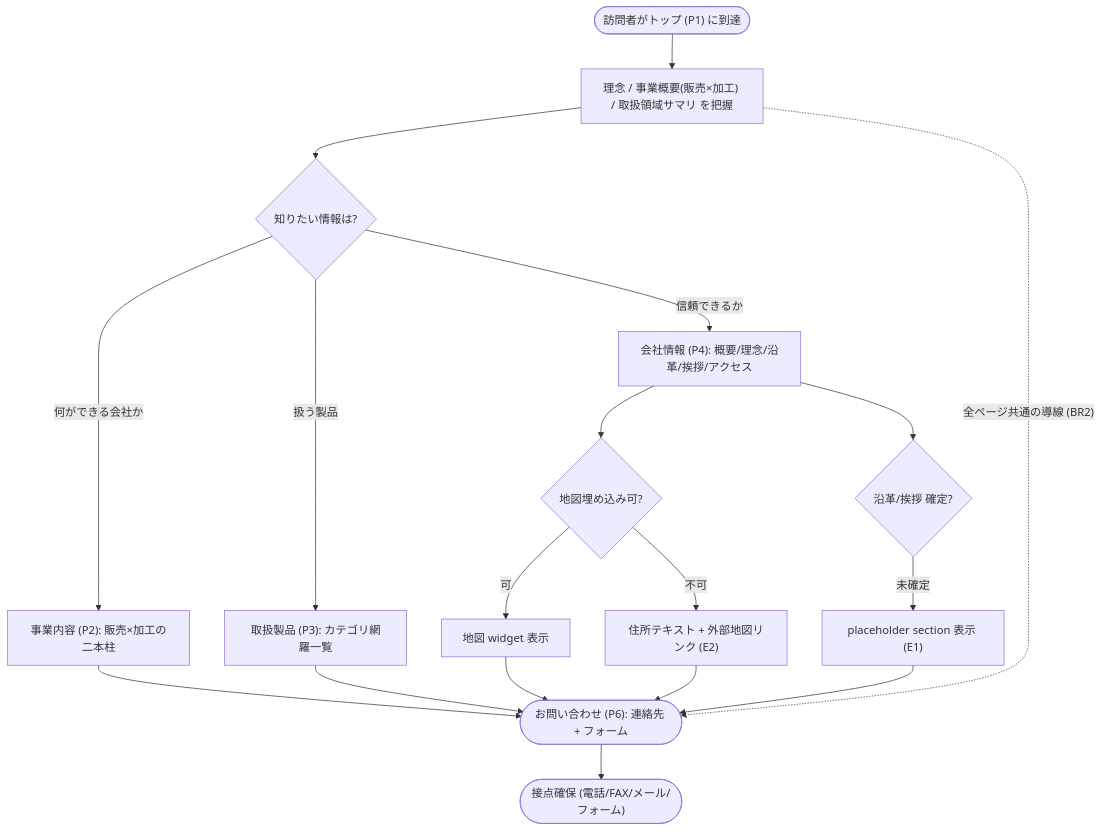
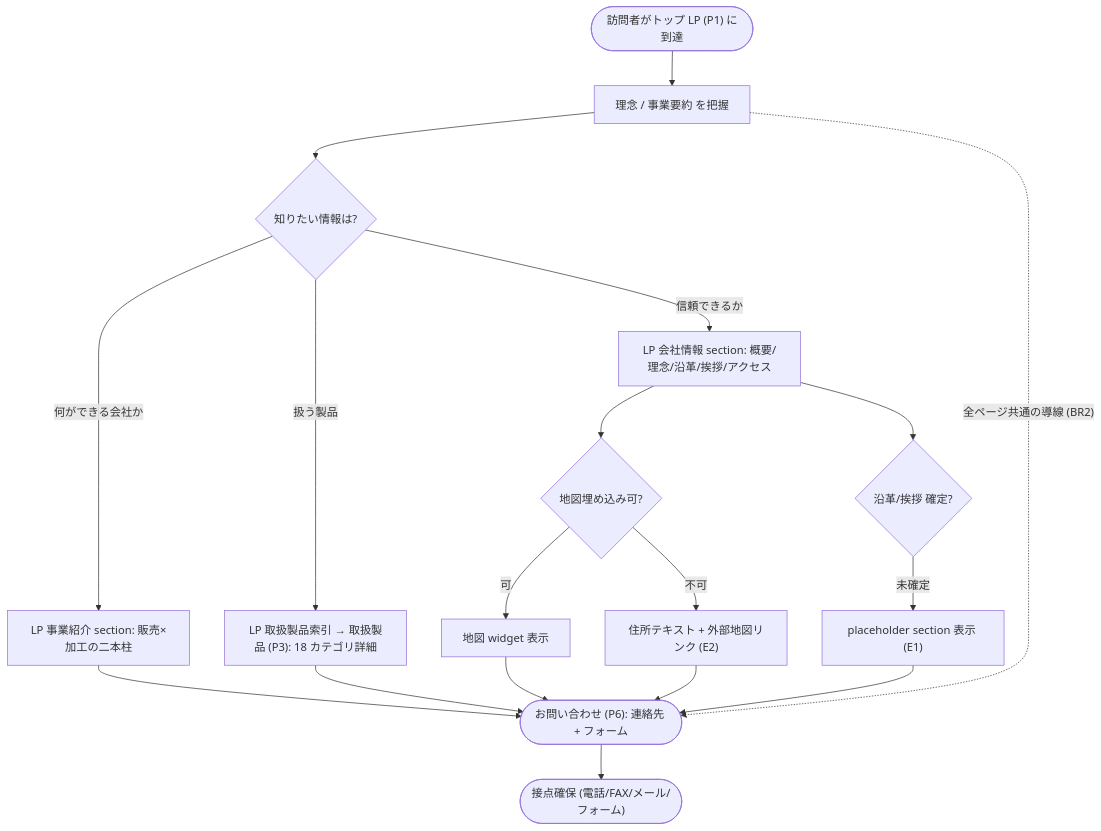
The second of 3 diagrams in design/features/corporate-site/DesignDoc_corporate-site.md (Fukuemon/kufu-apps), drawn with Mermaid before and after one commit. The commit also changed other lines of this file and 2 other files, not shown here.

````diff
--- a/design/features/corporate-site/DesignDoc_corporate-site.md
+++ b/design/features/corporate-site/DesignDoc_corporate-site.md
@@ -127,22 +132,22 @@
 ```mermaid
 flowchart TD
-    Start(["訪問者がトップ (P1) に到達"]) --> Hero["理念 / 事業概要(販売×加工) / 取扱領域サマリ を把握"]
+    Start(["訪問者がトップ LP (P1) に到達"]) --> Hero["理念 / 事業要約 を把握"]
     Hero --> Decide{"知りたい情報は?"}
-    Decide -->|"何ができる会社か"| Services["事業内容 (P2): 販売×加工の二本柱"]
-    Decide -->|"扱う製品"| Products["取扱製品 (P3): カテゴリ網羅一覧"]
-    Decide -->|"信頼できるか"| Company["会社情報 (P4): 概要/理念/沿革/挨拶/アクセス"]
+    Decide -->|"何ができる会社か"| Services["LP 事業紹介 section: 販売×加工の二本柱"]
+    Decide -->|"扱う製品"| Products["LP 取扱製品索引 → 取扱製品 (P3): 18 カテゴリ詳細"]
+    Decide -->|"信頼できるか"| Company["LP 会社情報 section: 概要/理念/沿革/挨拶/アクセス"]
 
     Company --> MapCheck{"地図埋め込み可?"}
     MapCheck -->|"可"| MapEmbed["地図 widget 表示"]
     MapCheck -->|"不可"| MapLink["住所テキスト + 外部地図リンク (E2)"]
     Company --> ContentCheck{"沿革/挨拶 確定?"}
     ContentCheck -->|"未確定"| Placeholder["placeholder section 表示 (E1)"]
 
     Services --> Contact
     Products --> Contact
     MapEmbed --> Contact
     MapLink --> Contact
     Placeholder --> Contact
     Hero -.->|"全ページ共通の導線 (BR2)"| Contact
     Contact(["お問い合わせ (P6): 連絡先 + フォーム"]) --> Goal(["接点確保 (電話/FAX/メール/フォーム)"])
 ```
````
